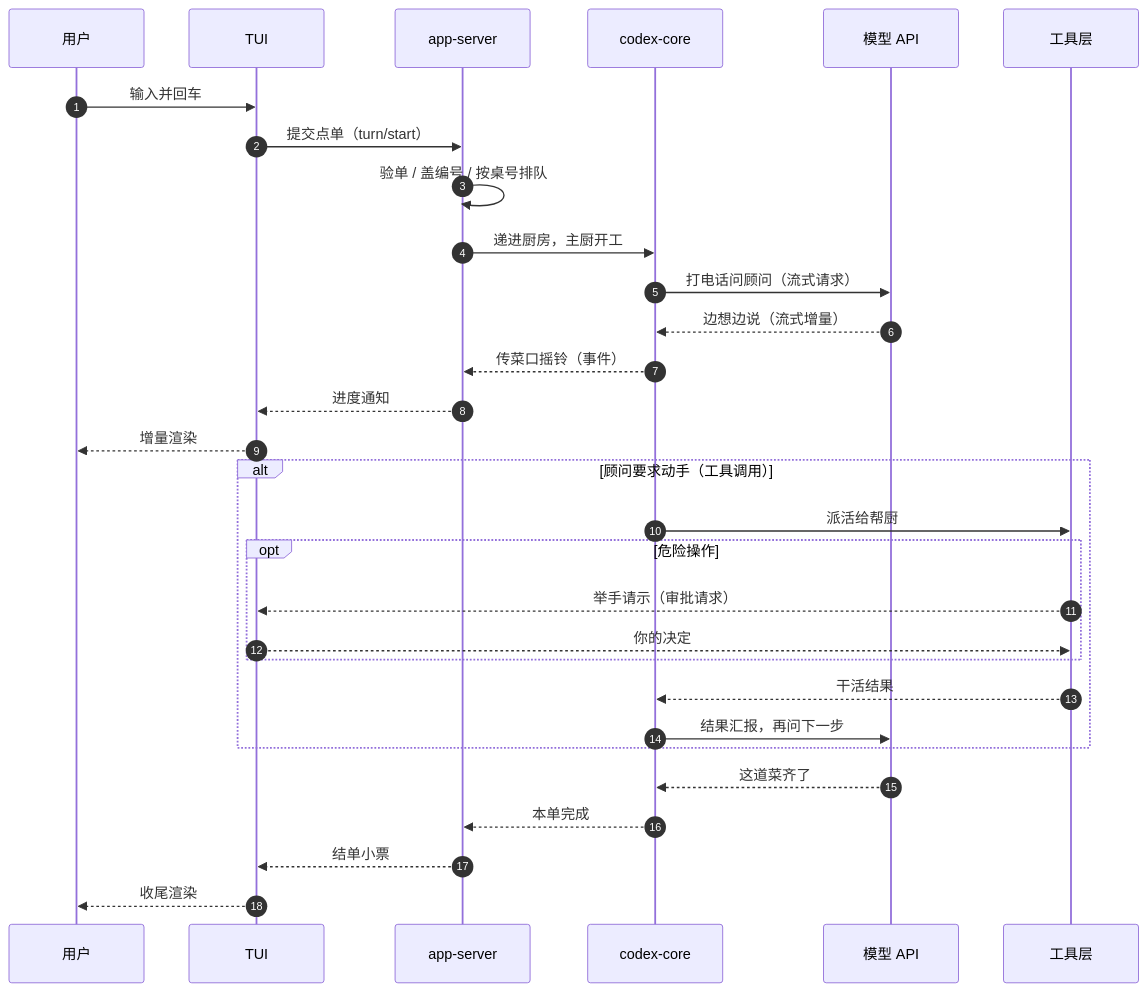
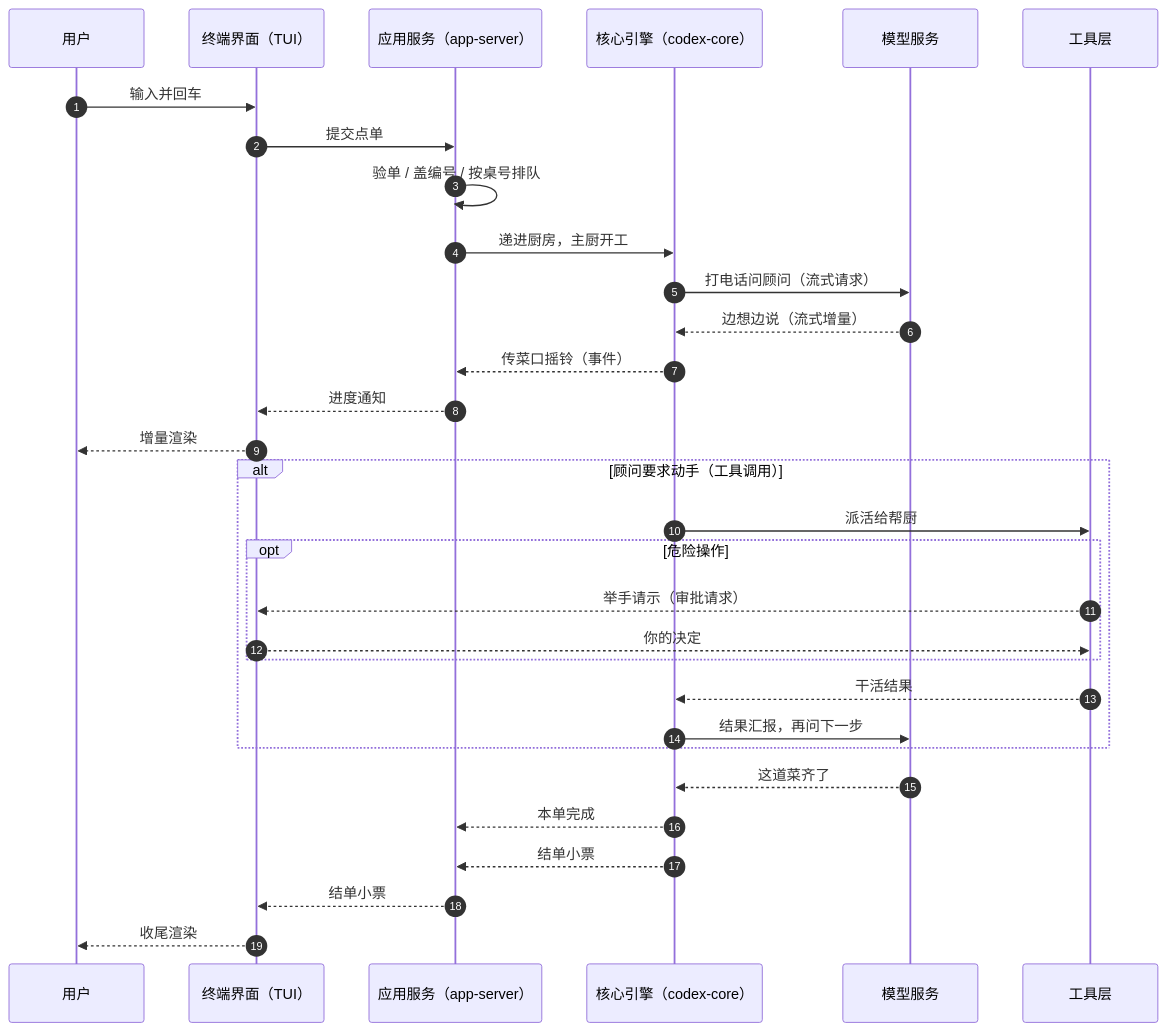
One commit to 13927/codex-book changed the diagram in src/part2/request-lifecycle.md. Above: the diagram before and after it, drawn with Mermaid. The commit also changed other lines of this file and 14 other files, not shown here.

````diff
--- a/src/part2/request-lifecycle.md
+++ b/src/part2/request-lifecycle.md
@@ -37,35 +52,36 @@
 ```mermaid
 sequenceDiagram
     autonumber
     participant U as 用户
-    participant TUI as TUI
-    participant APPSRV as app-server
-    participant CORE as codex-core
-    participant API as 模型 API
+    participant TUI as 终端界面（TUI）
+    participant APPSRV as 应用服务（app-server）
+    participant CORE as 核心引擎（codex-core）
+    participant API as 模型服务
     participant TOOL as 工具层
 
     U->>TUI: 输入并回车
-    TUI->>APPSRV: 提交点单（turn/start）
+    TUI->>APPSRV: 提交点单
     APPSRV->>APPSRV: 验单 / 盖编号 / 按桌号排队
     APPSRV->>CORE: 递进厨房，主厨开工
     CORE->>API: 打电话问顾问（流式请求）
     API-->>CORE: 边想边说（流式增量）
     CORE-->>APPSRV: 传菜口摇铃（事件）
     APPSRV-->>TUI: 进度通知
     TUI-->>U: 增量渲染
 
     alt 顾问要求动手（工具调用）
         CORE->>TOOL: 派活给帮厨
         opt 危险操作
             TOOL-->>TUI: 举手请示（审批请求）
             TUI-->>TOOL: 你的决定
         end
         TOOL-->>CORE: 干活结果
         CORE->>API: 结果汇报，再问下一步
     end
 
     API-->>CORE: 这道菜齐了
     CORE-->>APPSRV: 本单完成
+    CORE-->>APPSRV: 结单小票
     APPSRV-->>TUI: 结单小票
     TUI-->>U: 收尾渲染
 ```
````
